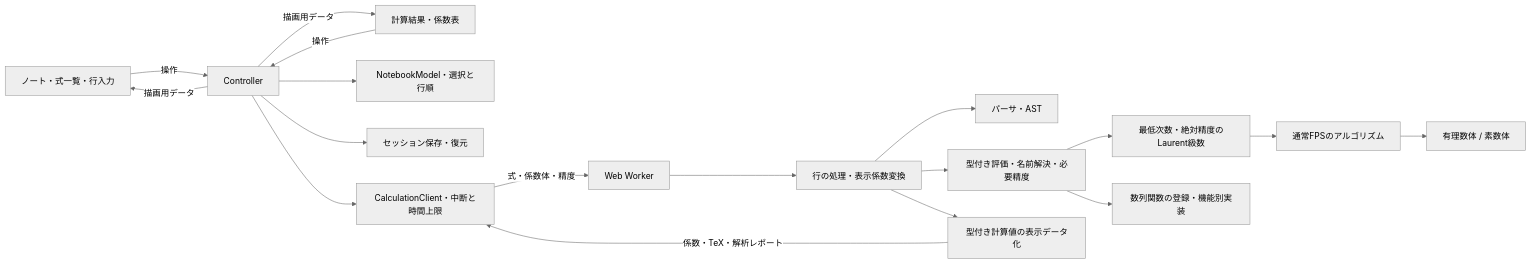
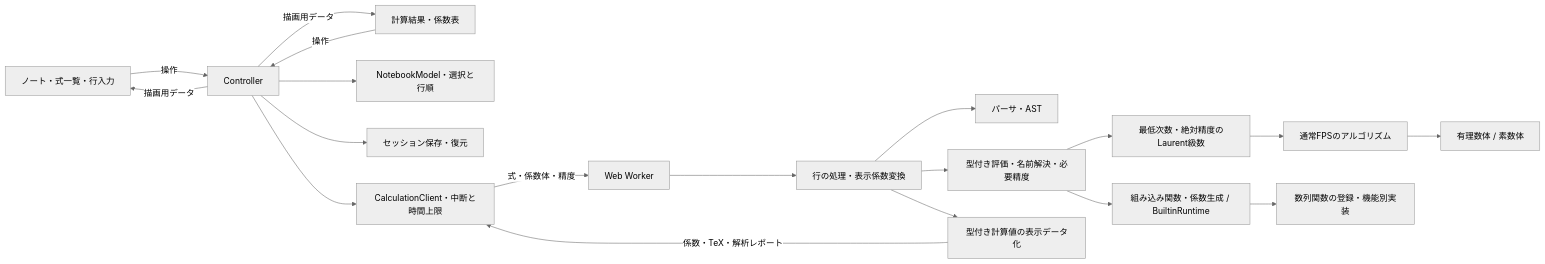
One commit to soryuusi0219/FPS-calculator changed the diagram in docs/architecture.md. Above: the diagram before and after it, drawn with Mermaid (neutral theme). The commit also changed other lines of this file and 64 other files, not shown here.

````diff
--- a/docs/architecture.md
+++ b/docs/architecture.md
@@ -21,20 +30,21 @@
 ```mermaid
 flowchart LR
   Notebook[ノート・式一覧・行入力] -->|操作| App[Controller]
   Inspector[計算結果・係数表] -->|操作| App
   App -->|描画用データ| Notebook
   App -->|描画用データ| Inspector
   App --> Model[NotebookModel・選択と行順]
   App --> Session[セッション保存・復元]
   App --> Client[CalculationClient・中断と時間上限]
   Client -->|式・係数体・精度| Worker[Web Worker]
   Worker --> Workbook[行の処理・表示係数変換]
   Workbook --> Parser[パーサ・AST]
   Workbook --> Evaluator[型付き評価・名前解決・必要精度]
   Evaluator --> Laurent[最低次数・絶対精度のLaurent級数]
   Laurent --> Series[通常FPSのアルゴリズム]
   Series --> Field[有理数体 / 素数体]
-  Evaluator --> Sequence[数列関数の登録・機能別実装]
+  Evaluator --> Builtins[組み込み関数・係数生成 / BuiltinRuntime]
+  Builtins --> Sequence[数列関数の登録・機能別実装]
   Workbook --> Formatter[型付き計算値の表示データ化]
   Formatter -->|係数・TeX・解析レポート| Client
 ```
````
